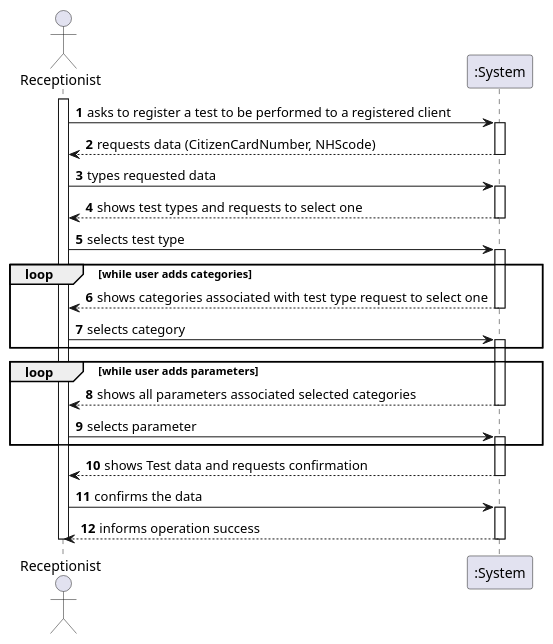
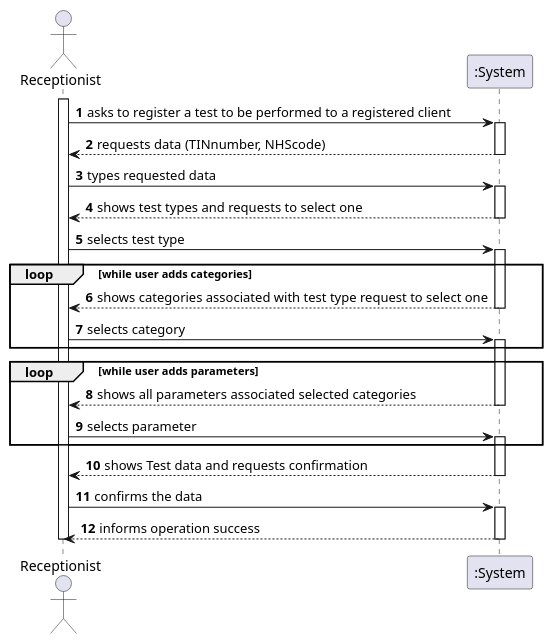
Before and after one commit to ana-albergaria/LAPR2-ISEP: the diagram in docs/SprintC/US_4/US4_SSD.puml, drawn with PlantUML. The commit also changed 4 other files, not shown here.

```diff
--- a/docs/SprintC/US_4/US4_SSD.puml
+++ b/docs/SprintC/US_4/US4_SSD.puml
@@ -1,40 +1,40 @@
 @startuml
 
 autonumber
 actor "Receptionist" as MLT
 
 activate MLT
 MLT -> ":System" : asks to register a test to be performed to a registered client
 activate ":System"
-":System" --> MLT :requests data (CitizenCardNumber, NHScode)
+":System" --> MLT :requests data (TINnumber, NHScode)
 deactivate ":System"
 
 MLT -> ":System" : types requested data
 activate ":System"
 ":System" --> MLT : shows test types and requests to select one
 deactivate ":System"
 MLT -> ":System" : selects test type
 
 activate ":System"
 loop while user adds categories
 ":System" --> MLT : shows categories associated with test type request to select one
 deactivate ":System"
 MLT -> ":System" : selects category
 activate ":System"
 end
 
 loop while user adds parameters
 ":System" --> MLT : shows all parameters associated selected categories
 deactivate ":System"
 MLT -> ":System" : selects parameter
 activate ":System"
 end
 ":System" --> MLT : shows Test data and requests confirmation
 deactivate ":System"
 MLT -> ":System" : confirms the data
 activate ":System"
 ":System" --> MLT : informs operation success
 deactivate ":System"
 deactivate MLT
 
 @enduml
```
